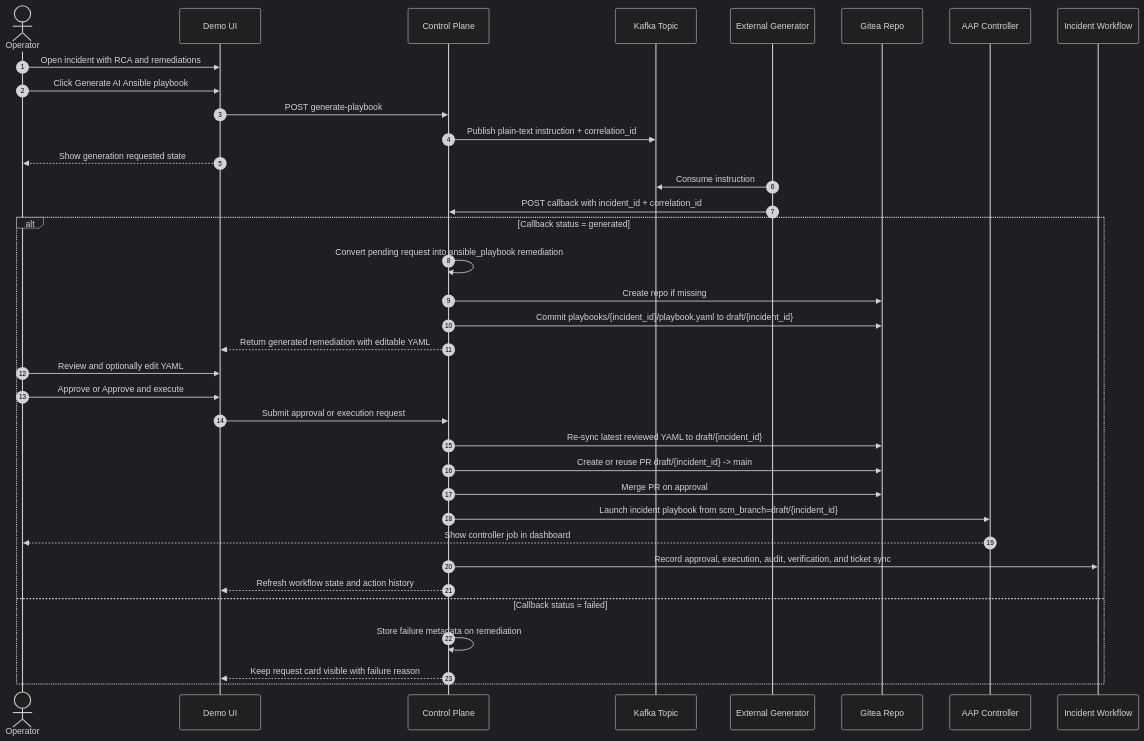
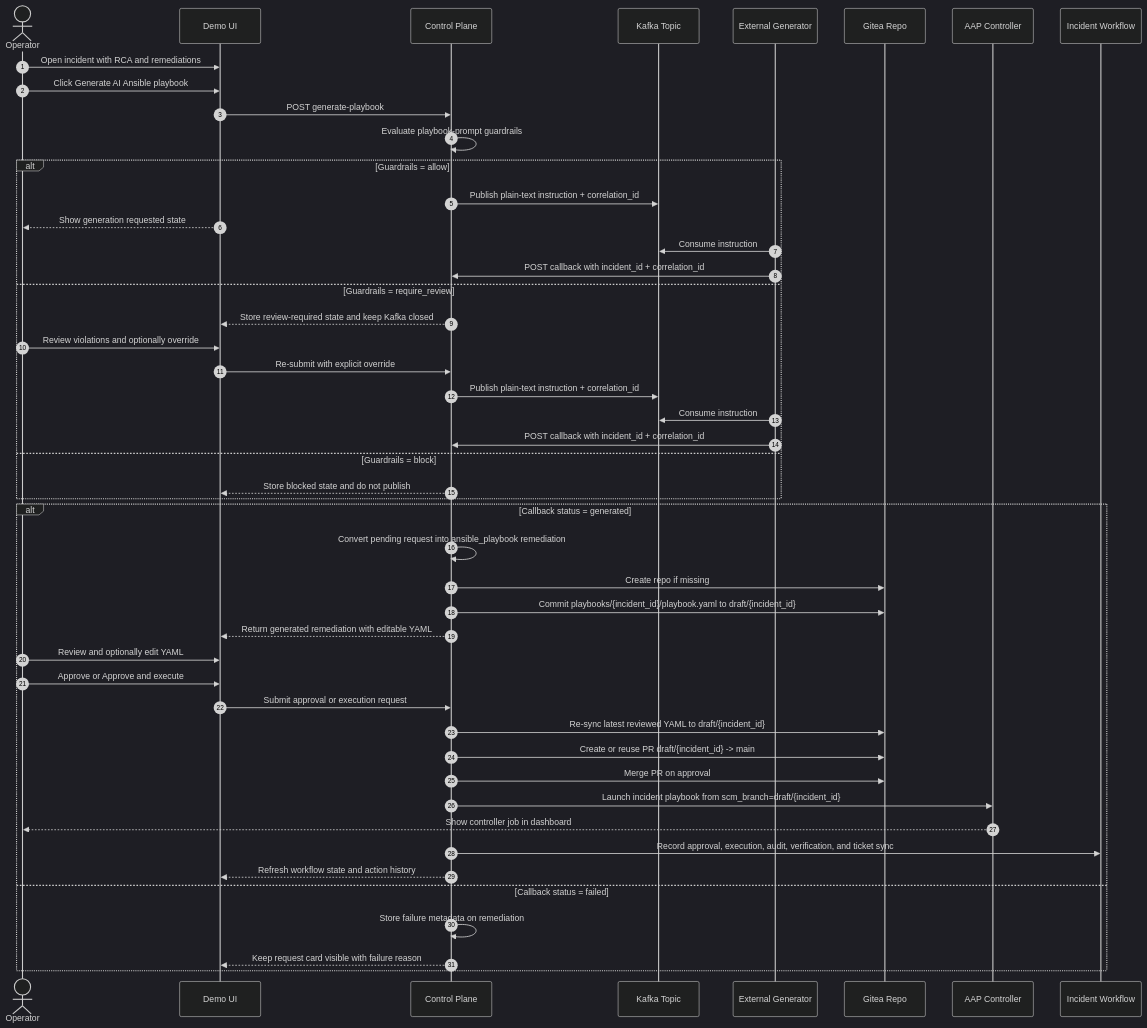
Before and after one commit to rh-telco-tigers/Autonomous-Network-Intelligence-Anomaly-Detection-with-Red-Hat-OpenShift-AI: the diagram in docs/architecture/ai-playbook-generation.md, drawn with Mermaid (dark theme). The commit also changed other lines of this file and 9 other files, not shown here.

Commit message:
Add guardrails for AI playbook generation prompts

````diff
--- a/docs/architecture/ai-playbook-generation.md
+++ b/docs/architecture/ai-playbook-generation.md
@@ -78,40 +85,53 @@
 ```mermaid
 sequenceDiagram
     autonumber
     actor Operator
     participant UI as Demo UI
     participant CP as Control Plane
     participant Kafka as Kafka Topic
     participant Gen as External Generator
     participant Git as Gitea Repo
     participant AAP as AAP Controller
     participant WF as Incident Workflow
 
     Operator->>UI: Open incident with RCA and remediations
     Operator->>UI: Click Generate AI Ansible playbook
     UI->>CP: POST generate-playbook
-    CP->>Kafka: Publish plain-text instruction + correlation_id
-    UI-->>Operator: Show generation requested state
-    Gen->>Kafka: Consume instruction
-    Gen->>CP: POST callback with incident_id + correlation_id
+    CP->>CP: Evaluate playbook-prompt guardrails
+
+    alt Guardrails = allow
+        CP->>Kafka: Publish plain-text instruction + correlation_id
+        UI-->>Operator: Show generation requested state
+        Gen->>Kafka: Consume instruction
+        Gen->>CP: POST callback with incident_id + correlation_id
+    else Guardrails = require_review
+        CP-->>UI: Store review-required state and keep Kafka closed
+        Operator->>UI: Review violations and optionally override
+        UI->>CP: Re-submit with explicit override
+        CP->>Kafka: Publish plain-text instruction + correlation_id
+        Gen->>Kafka: Consume instruction
+        Gen->>CP: POST callback with incident_id + correlation_id
+    else Guardrails = block
+        CP-->>UI: Store blocked state and do not publish
+    end
 
     alt Callback status = generated
         CP->>CP: Convert pending request into ansible_playbook remediation
         CP->>Git: Create repo if missing
         CP->>Git: Commit playbooks/{incident_id}/playbook.yaml to draft/{incident_id}
         CP-->>UI: Return generated remediation with editable YAML
         Operator->>UI: Review and optionally edit YAML
         Operator->>UI: Approve or Approve and execute
         UI->>CP: Submit approval or execution request
         CP->>Git: Re-sync latest reviewed YAML to draft/{incident_id}
         CP->>Git: Create or reuse PR draft/{incident_id} -> main
         CP->>Git: Merge PR on approval
         CP->>AAP: Launch incident playbook from scm_branch=draft/{incident_id}
         AAP-->>Operator: Show controller job in dashboard
         CP->>WF: Record approval, execution, audit, verification, and ticket sync
         CP-->>UI: Refresh workflow state and action history
     else Callback status = failed
         CP->>CP: Store failure metadata on remediation
         CP-->>UI: Keep request card visible with failure reason
     end
 ```
````
